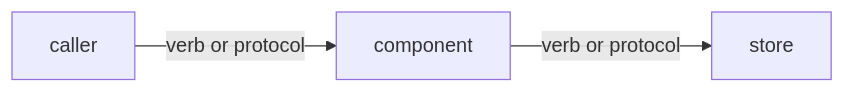
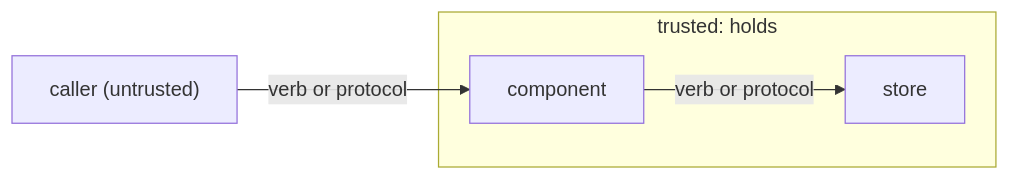
Before and after one commit to jomcgi-org/homelab: the diagram in docs/templates/ARCHITECTURE.md, drawn with Mermaid. The commit also changed other lines of this file and 3 other files, not shown here.

First line of the commit message:
docs: mark trust boundaries and control state in the architecture template

````diff
--- a/docs/templates/ARCHITECTURE.md
+++ b/docs/templates/ARCHITECTURE.md
@@ -11,5 +16,7 @@
 ```mermaid
 flowchart LR
-  A[caller] -- "verb or protocol" --> B[component]
-  B -- "verb or protocol" --> C[store]
+  U["caller (untrusted)"] -- "verb or protocol" --> B[component]
+  subgraph T ["trusted: holds <credential>"]
+    B -- "verb or protocol" --> C[store]
+  end
 ```
````
